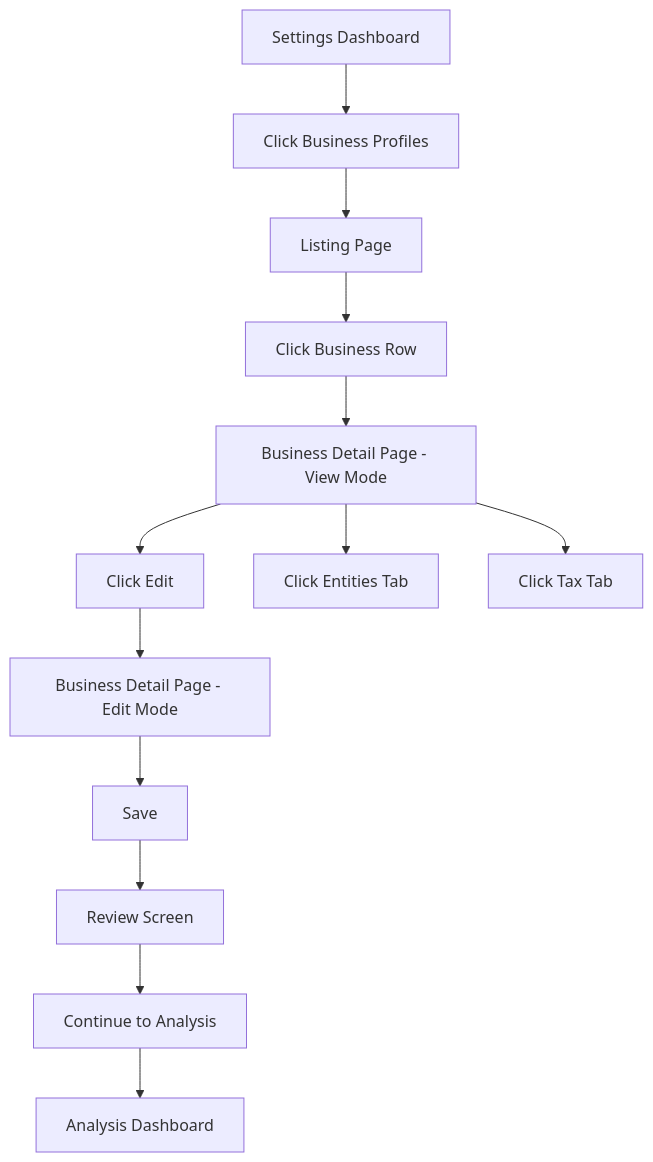
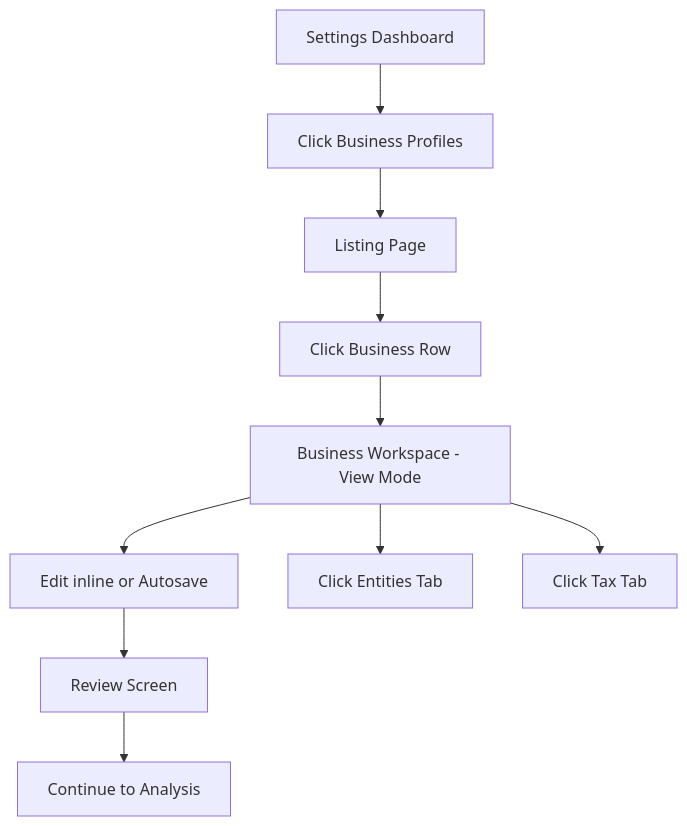
Before and after one commit to Nexthood/useclevr-production-2026: the first of 6 diagrams in .TODO/.PLAN/todo-business-profile.md, drawn with Mermaid. The commit also changed other lines of this file and 64 other files, not shown here.

````diff
--- a/.TODO/.PLAN/todo-business-profile.md
+++ b/.TODO/.PLAN/todo-business-profile.md
@@ -21,15 +19,12 @@
 ```mermaid
 flowchart TD
     A[Settings Dashboard] --> B[Click Business Profiles]
     B --> C[Listing Page]
     C --> D[Click Business Row]
-    D --> E[Business Detail Page - View Mode]
-    E --> F[Click Edit]
-    F --> G[Business Detail Page - Edit Mode]
-    G --> H[Save]
-    H --> I[Review Screen]
-    I --> J[Continue to Analysis]
-    J --> K[Analysis Dashboard]
-    E --> L[Click Entities Tab]
-    E --> M[Click Tax Tab]
+    D --> E[Business Workspace - View Mode]
+    E --> F[Edit inline or Autosave]
+    F --> G[Review Screen]
+    G --> H[Continue to Analysis]
+    E --> I[Click Entities Tab]
+    E --> J[Click Tax Tab]
 ```
````
